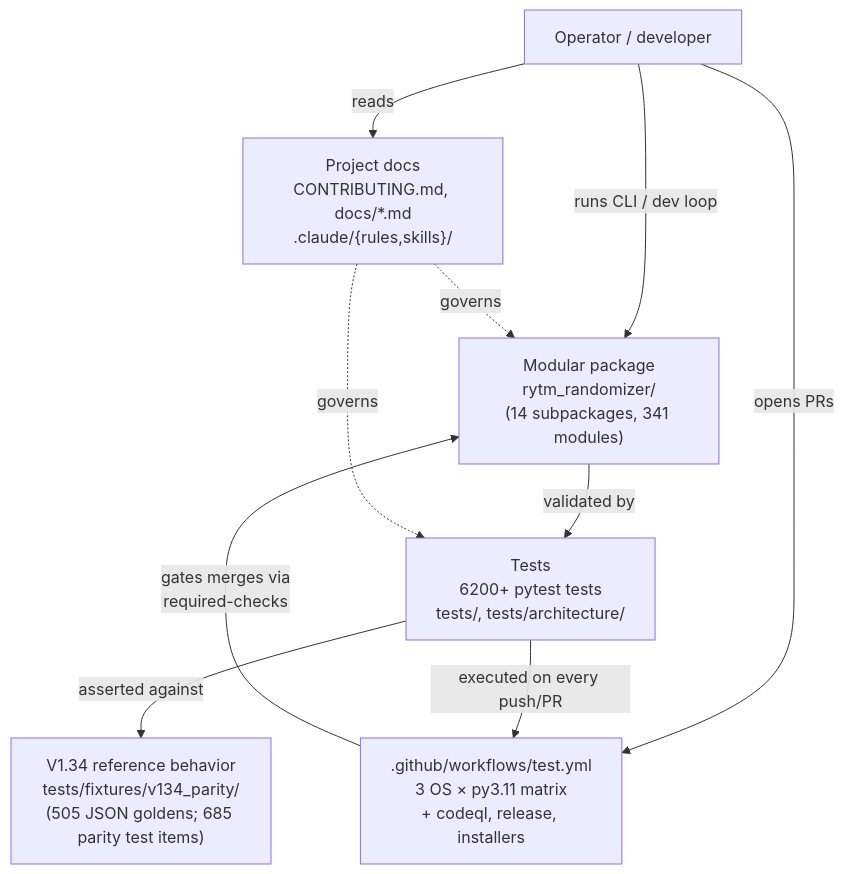
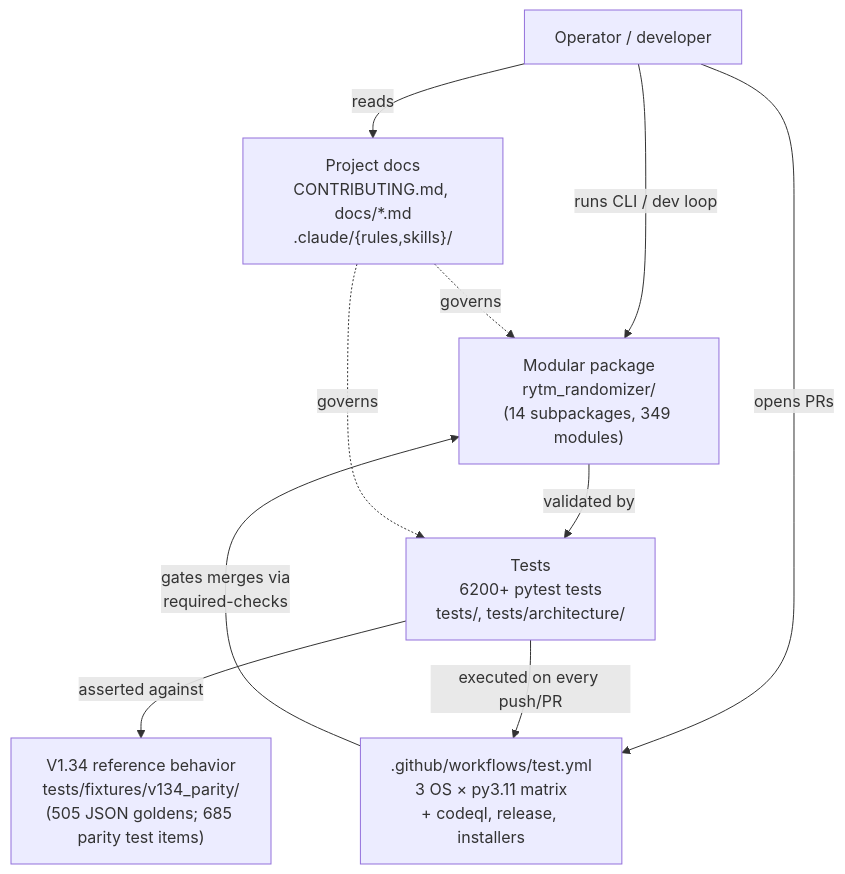
Before and after one commit to buzzijose-hub/RytmRandomizer: the first of 34 diagrams in docs/ARCHITECTURE_DIAGRAMS.md, drawn with Mermaid. The commit also changed other lines of this file and 48 other files, not shown here.

````diff
--- a/docs/ARCHITECTURE_DIAGRAMS.md
+++ b/docs/ARCHITECTURE_DIAGRAMS.md
@@ -50,22 +50,22 @@
 ```mermaid
 flowchart TB
     User["Operator / developer"]
     V134["V1.34 reference behavior<br/>tests/fixtures/v134_parity/<br/>(505 JSON goldens; 685 parity test items)"]
-    Package["Modular package<br/>rytm_randomizer/<br/>(14 subpackages, 341 modules)"]
+    Package["Modular package<br/>rytm_randomizer/<br/>(14 subpackages, 349 modules)"]
     Tests["Tests<br/>6200+ pytest tests<br/>tests/, tests/architecture/"]
     CI[".github/workflows/test.yml<br/>3 OS × py3.11 matrix<br/>+ codeql, release, installers"]
     Docs["Project docs<br/>CONTRIBUTING.md, docs/*.md<br/>.claude/{rules,skills}/"]
 
     User -->|"runs CLI / dev loop"| Package
     User -->|"opens PRs"| CI
     User -->|"reads"| Docs
 
     Package -->|"validated by"| Tests
     Tests -->|"asserted against"| V134
     Tests -->|"executed on every push/PR"| CI
 
     CI -->|"gates merges via<br/>required-checks"| Package
 
     Docs -.->|"governs"| Package
     Docs -.->|"governs"| Tests
 ```
````
